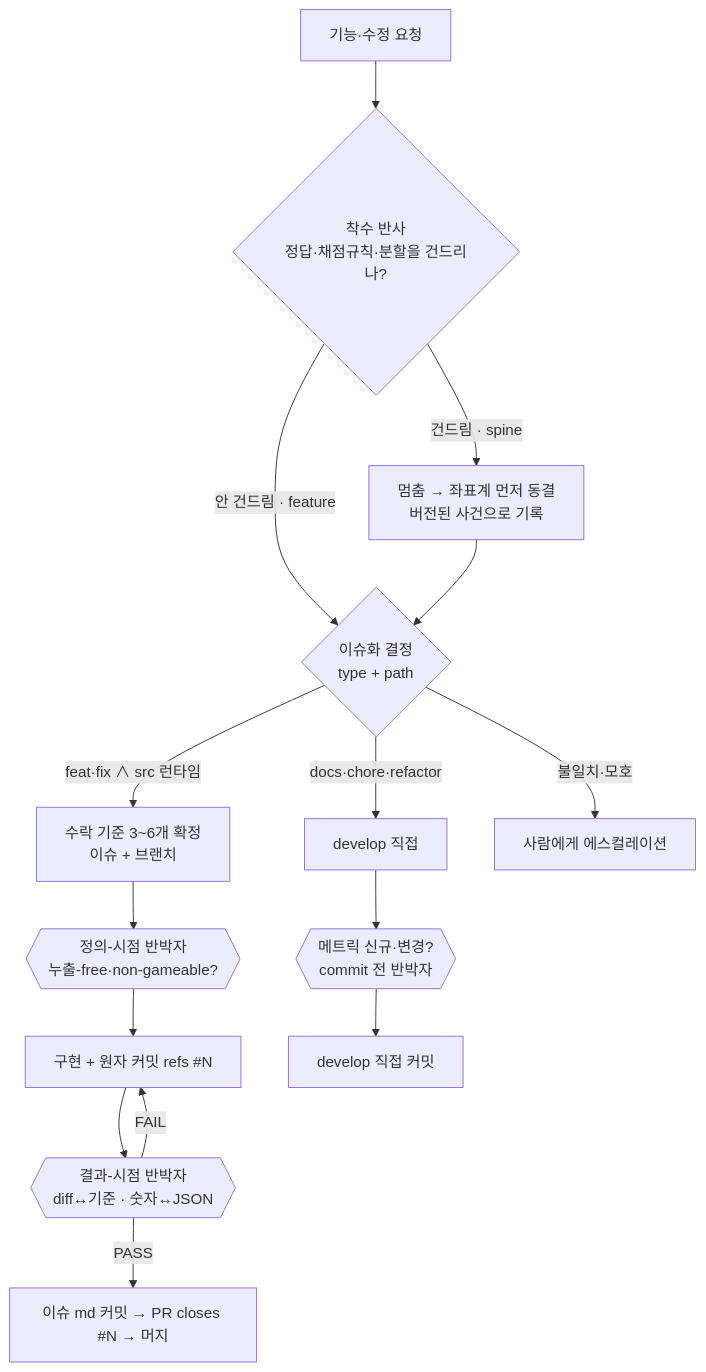
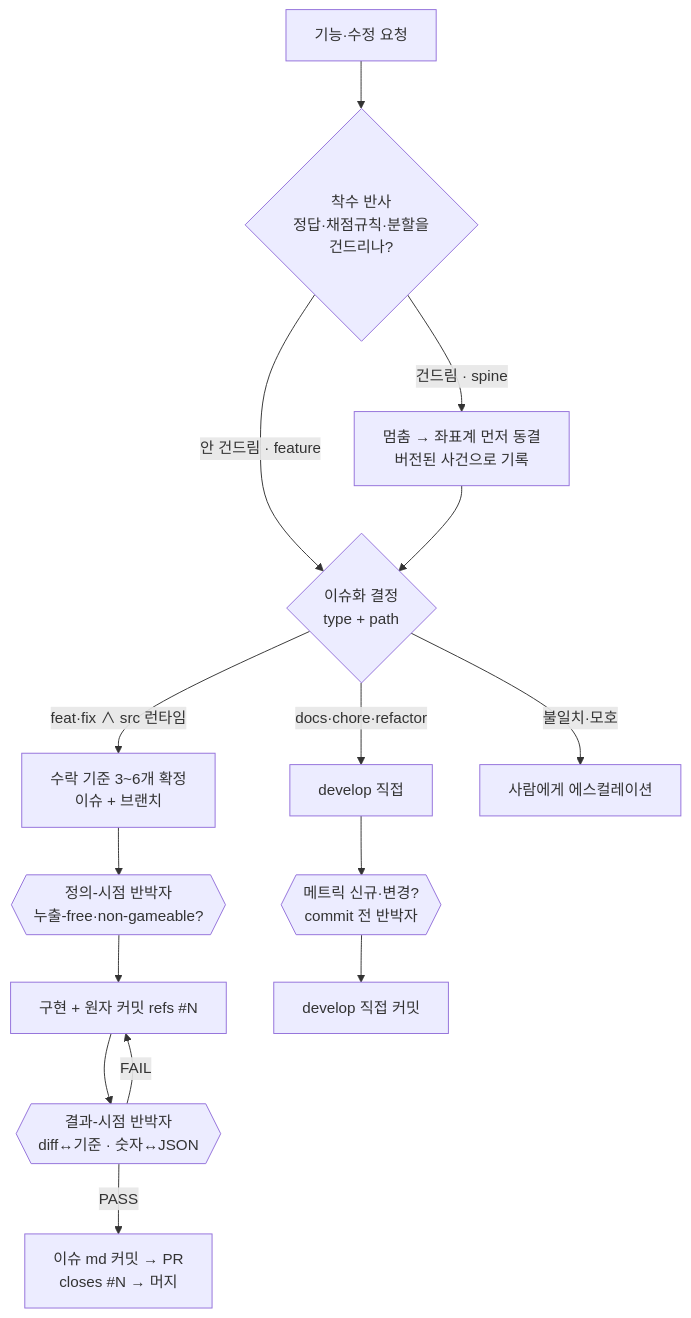
Before and after one commit to groovallstar/ner-pipeline-public: the diagram in CLAUDE.md, drawn with Mermaid. The commit also changed 7 other files, not shown here.

First line of the commit message:
docs: mermaid CJK 세로 잘림 해소 — 긴 라벨 줄바꿈

````diff
--- a/CLAUDE.md
+++ b/CLAUDE.md
@@ -106,20 +106,20 @@
 ```mermaid
 flowchart TD
-    Req["기능·수정 요청"] --> Reflex{"착수 반사<br/>정답·채점규칙·분할을 건드리나?"}
+    Req["기능·수정 요청"] --> Reflex{"착수 반사<br/>정답·채점규칙·분할을<br/>건드리나?"}
     Reflex -->|"건드림 · spine"| Freeze["멈춤 → 좌표계 먼저 동결<br/>버전된 사건으로 기록"]
     Reflex -->|"안 건드림 · feature"| Lane{"이슈화 결정<br/>type + path"}
     Freeze --> Lane
 
     Lane -->|"feat·fix ∧ src 런타임"| AC["수락 기준 3~6개 확정<br/>이슈 + 브랜치"]
     Lane -->|"docs·chore·refactor"| DL["develop 직접"]
     Lane -->|"불일치·모호"| Esc["사람에게 에스컬레이션"]
 
     AC --> DefGate{{"정의-시점 반박자<br/>누출-free·non-gameable?"}}
     DefGate --> Build["구현 + 원자 커밋 refs #N"]
     Build --> ResGate{{"결과-시점 반박자<br/>diff↔기준 · 숫자↔JSON"}}
     ResGate -->|"FAIL"| Build
-    ResGate -->|"PASS"| Merge["이슈 md 커밋 → PR closes #N → 머지"]
+    ResGate -->|"PASS"| Merge["이슈 md 커밋 → PR<br/>closes #N → 머지"]
 
     DL --> MGate{{"메트릭 신규·변경?<br/>commit 전 반박자"}}
     MGate --> DC["develop 직접 커밋"]
 ```
````
